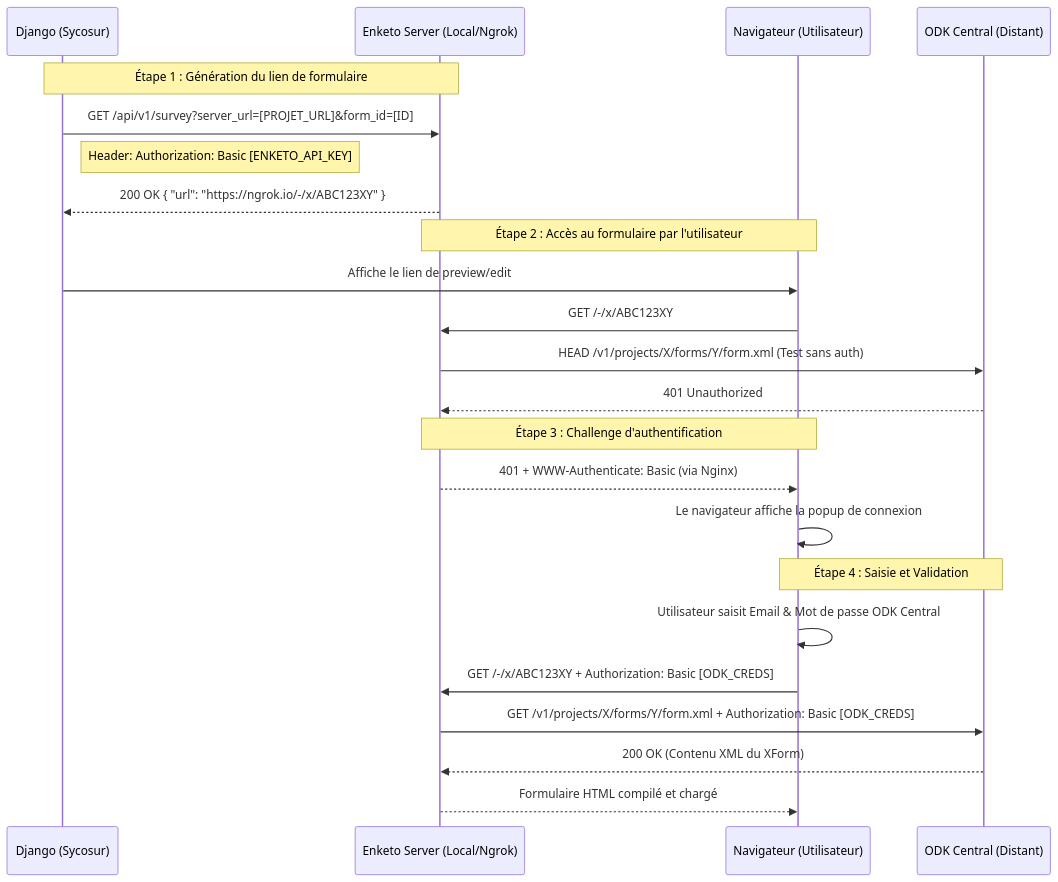
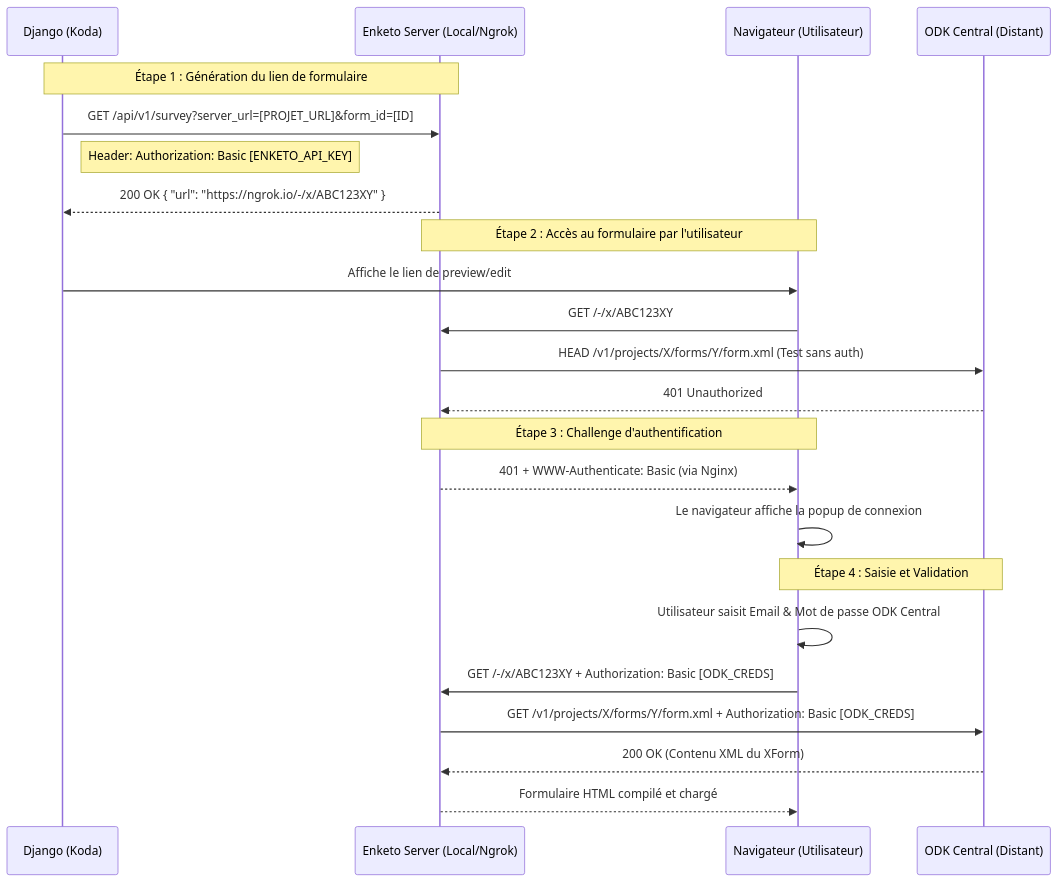
The diagram in docs/ENKETO_BASIC_SCHEMA.md (KODAAP/koda-infra), drawn with Mermaid before and after one commit. The commit also changed other lines of this file and 19 other files, not shown here.

````diff
--- a/docs/ENKETO_BASIC_SCHEMA.md
+++ b/docs/ENKETO_BASIC_SCHEMA.md
@@ -9,29 +9,29 @@
 ```mermaid
 sequenceDiagram
-    participant D as Django (Sycosur)
+    participant D as Django (Koda)
     participant E as Enketo Server (Local/Ngrok)
     participant B as Navigateur (Utilisateur)
     participant C as ODK Central (Distant)
 
     Note over D,E: Étape 1 : Génération du lien de formulaire
     D->>E: GET /api/v1/survey?server_url=[PROJET_URL]&form_id=[ID]
     Note right of D: Header: Authorization: Basic [ENKETO_API_KEY]
     E-->>D: 200 OK { "url": "https://ngrok.io/-/x/ABC123XY" }
 
     Note over B,E: Étape 2 : Accès au formulaire par l'utilisateur
     D->>B: Affiche le lien de preview/edit
     B->>E: GET /-/x/ABC123XY
     E->>C: HEAD /v1/projects/X/forms/Y/form.xml (Test sans auth)
     C-->>E: 401 Unauthorized
 
     Note over B,E: Étape 3 : Challenge d'authentification
     E-->>B: 401 + WWW-Authenticate: Basic (via Nginx)
     B->>B: Le navigateur affiche la popup de connexion
 
     Note over B,C: Étape 4 : Saisie et Validation
     B->>B: Utilisateur saisit Email & Mot de passe ODK Central
     B->>E: GET /-/x/ABC123XY + Authorization: Basic [ODK_CREDS]
     E->>C: GET /v1/projects/X/forms/Y/form.xml + Authorization: Basic [ODK_CREDS]
     C-->>E: 200 OK (Contenu XML du XForm)
     E-->>B: Formulaire HTML compilé et chargé
 ```
````
